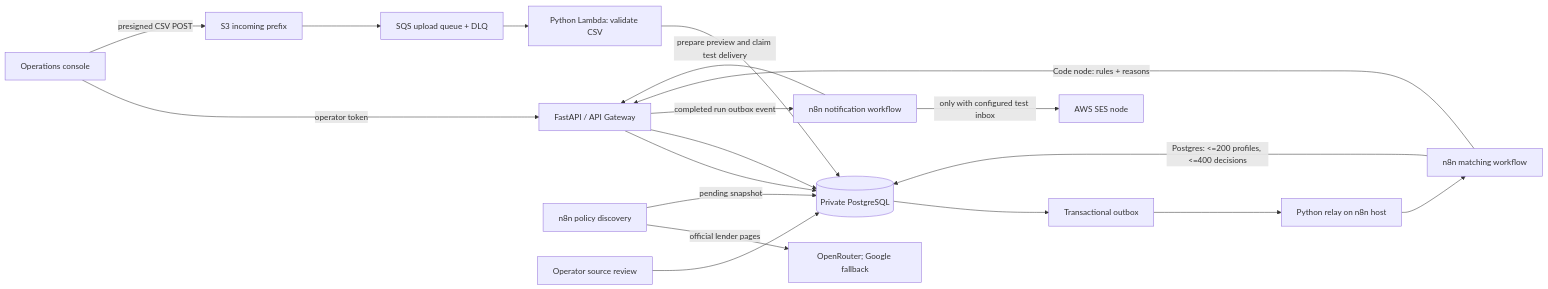
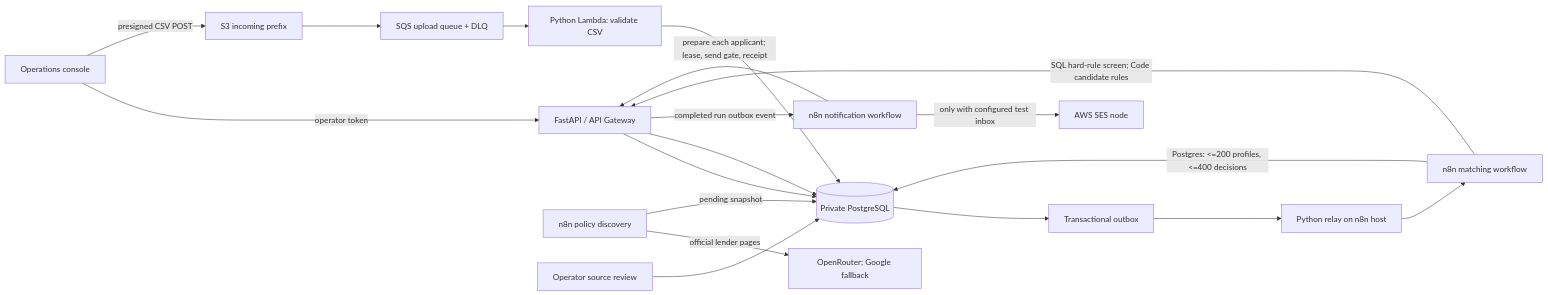
Before and after one commit to PRADDZY/clickpe: the diagram in README.md, drawn with Mermaid. The commit also changed other lines of this file and 3 other files, not shown here.

````diff
--- a/README.md
+++ b/README.md
@@ -16,21 +16,21 @@
 ```mermaid
 flowchart LR
   UI[Operations console] -->|operator token| API[FastAPI / API Gateway]
   UI -->|presigned CSV POST| S3[S3 incoming prefix]
   S3 --> SQS[SQS upload queue + DLQ]
   SQS --> ING[Python Lambda: validate CSV]
   API --> DB[(Private PostgreSQL)]
   ING --> DB
   DB --> OUT[Transactional outbox]
   OUT --> REL[Python relay on n8n host]
   REL --> MATCH[n8n matching workflow]
   MATCH -->|Postgres: <=200 profiles, <=400 decisions| DB
-  MATCH -->|Code node: rules + reasons| API
+  MATCH -->|SQL hard-rule screen; Code candidate rules| API
   API --> DB
   DISC[n8n policy discovery] -->|official lender pages| SRC[OpenRouter; Google fallback]
   DISC -->|pending snapshot| DB
   OP[Operator source review] --> DB
   API -->|completed run outbox event| PRE[n8n notification workflow]
-  PRE -->|prepare preview and claim test delivery| API
+  PRE -->|prepare each applicant; lease, send gate, receipt| API
   PRE -->|only with configured test inbox| SES[AWS SES node]
 ```
````
